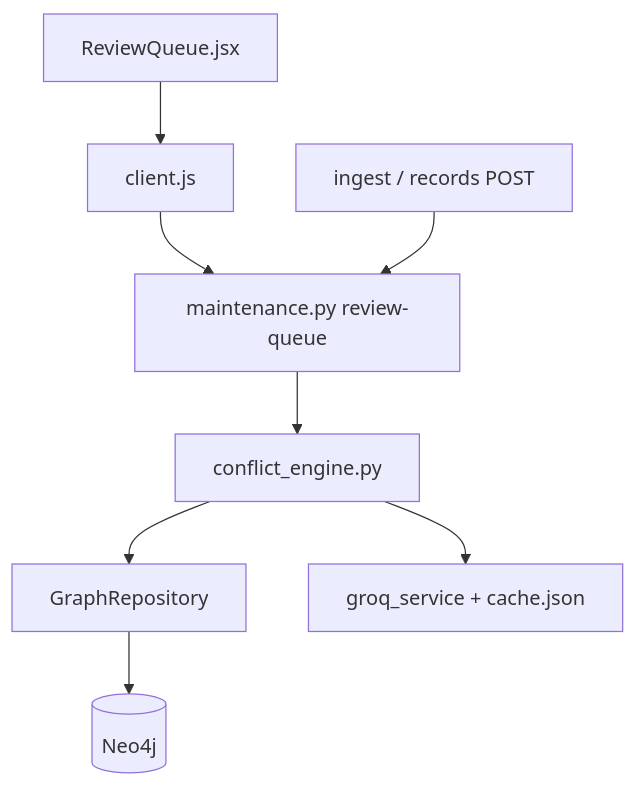
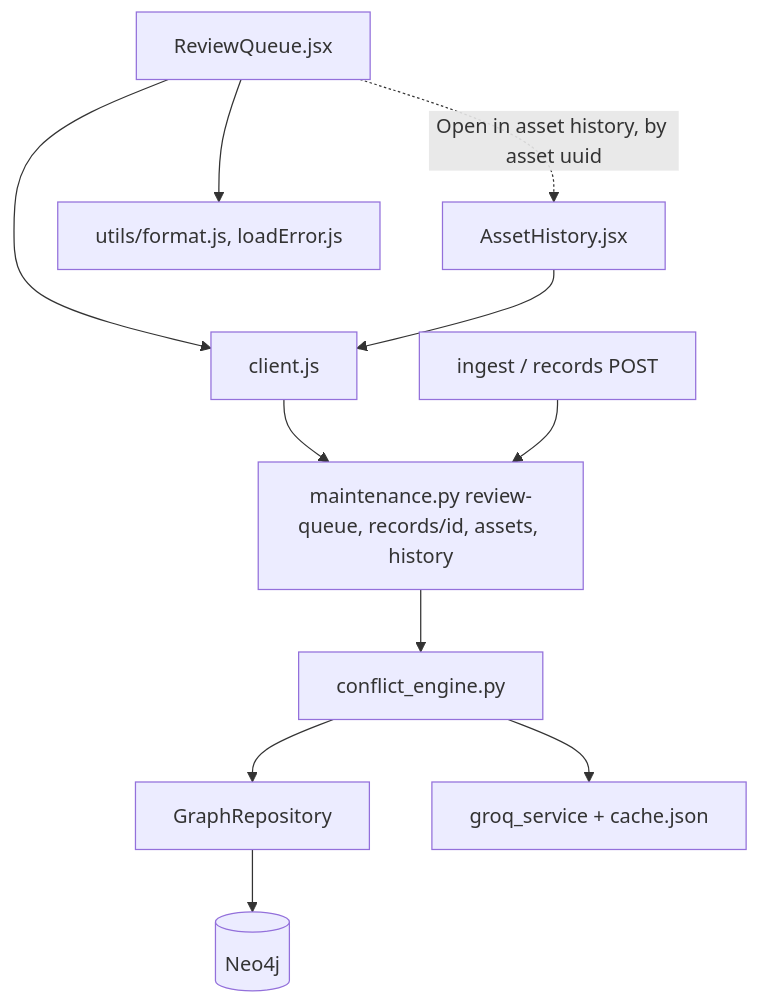
One commit to umaritics/halite changed the diagram in knowledge/flows/FLOW-conflict-review.md. Above: the diagram before and after it, drawn with Mermaid. The commit also changed other lines of this file and 1 other file, not shown here.

Commit message:
docs(knowledge): keep flow dependency graphs in sync with the frontend code
OWNER: Shahmeer
SCOPE: knowledge/flows only
.cursor/rules/halite-flows-docs.mdc: every flow keeps a Mermaid dependency graph in
sync with real imports/routes. Adds the edges that exist in the code and were only
described in prose:
- FLOW-diagnose: Diagnostics.jsx -> utils/diagnostics.js; AssetHistory/ServiceRecords -> client.js;
  the evidence record_id deep link.
- FLOW-conflict-review: AssetHistory.jsx -> client.js; ReviewQueue -> AssetHistory link (by asset
  uuid); ReviewQueue -> utils; maintenance.py node lists the routes the page calls.
- FLOW-conflict-review: note that history shows status/confidence/JASC/source as returned and
  has no superseded-by field.
Additive only; nothing of Umar's or Usman's content removed.

TEST COMMANDS: Mermaid fence balance check
RESULTS: both flows have one balanced mermaid block
CONTRACT CHANGE: none

````diff
--- a/knowledge/flows/FLOW-conflict-review.md
+++ b/knowledge/flows/FLOW-conflict-review.md
@@ -40,10 +42,13 @@
 ```mermaid
 flowchart TB
   RQ[ReviewQueue.jsx] --> API[client.js]
-  API --> M[maintenance.py review-queue]
+  AH[AssetHistory.jsx] --> API
+  RQ -. Open in asset history, by asset uuid .-> AH
+  RQ --> UT[utils/format.js, loadError.js]
+  API --> M[maintenance.py review-queue, records/id, assets, history]
   IN[ingest / records POST] --> M
   M --> CE[conflict_engine.py]
   CE --> GR[GraphRepository]
   CE --> G[groq_service + cache.json]
   GR --> N[(Neo4j)]
 ```
````
